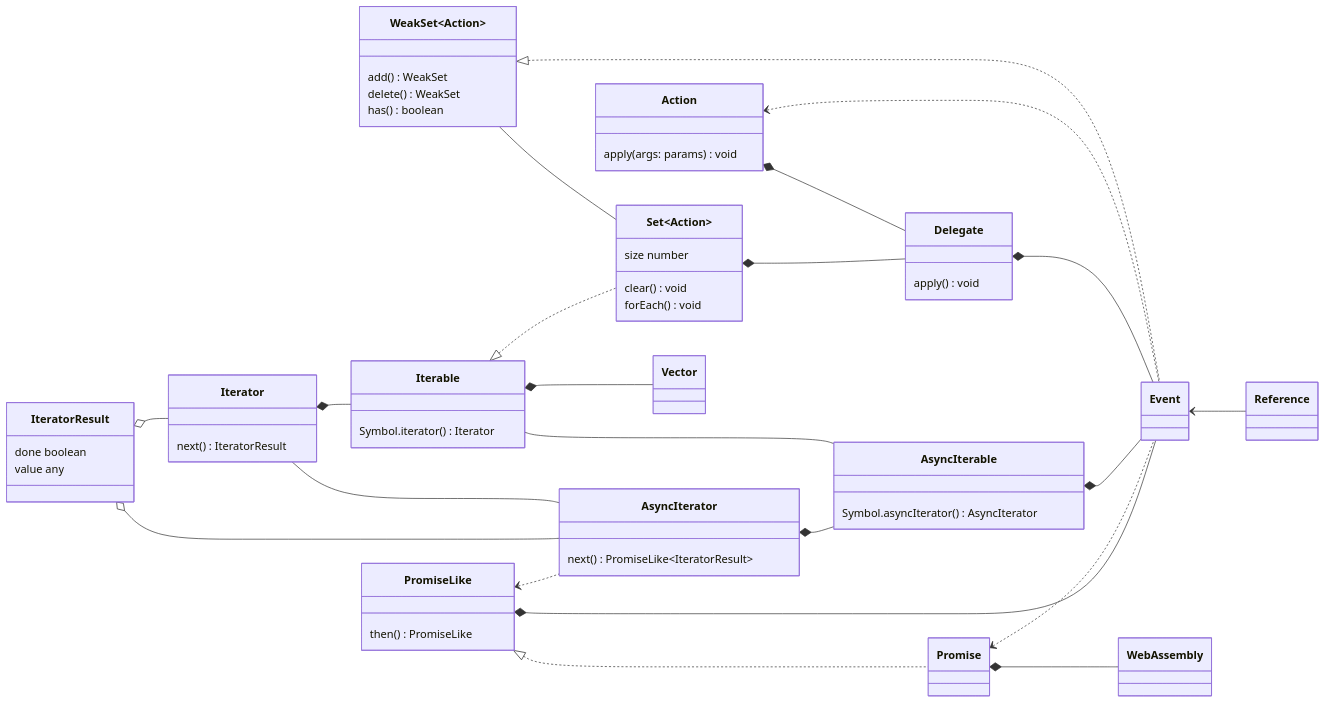
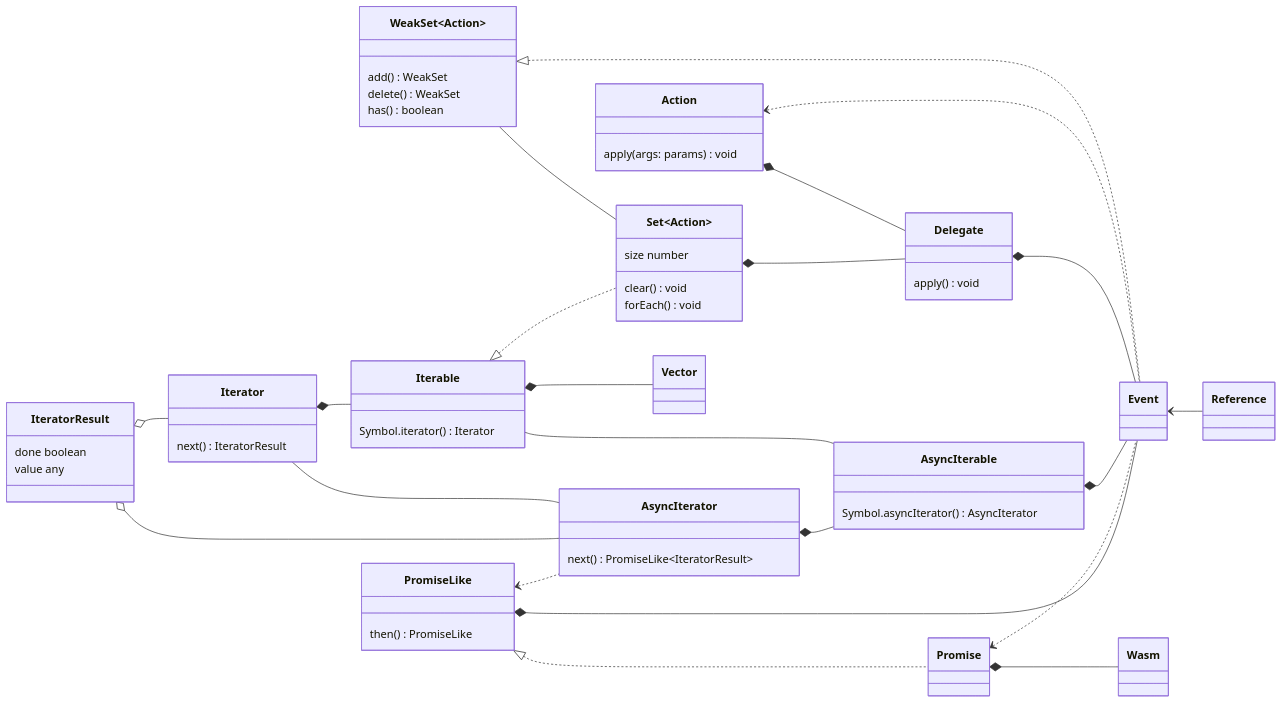
One commit to domrally/peekeasy changed the sixth of 6 diagrams in README.md. Above: the diagram before and after it, drawn with Mermaid. The commit also changed other lines of this file and 3 other files, not shown here.

````diff
--- a/README.md
+++ b/README.md
@@ -224,65 +245,65 @@
 ```mermaid
 classDiagram
     direction LR
     PromiseLike <|.. Promise
     PromiseLike *-- Event
-	 Promise *-- WebAssembly
+	 Promise *-- Wasm
     Promise <.. Event
     PromiseLike <.. AsyncIterator
     IteratorResult o-- AsyncIterator
     Iterator -- AsyncIterator
     AsyncIterator *-- AsyncIterable
     Iterable -- AsyncIterable
     AsyncIterable *-- Event
     IteratorResult o-- Iterator
     Iterator *-- Iterable
     Iterable <|.. Set~Action~
     Delegate *-- Event
     Action <.. Event
     Set~Action~ *-- Delegate
     Action *-- Delegate
     WeakSet~Action~ -- Set~Action~
     WeakSet~Action~ <|.. Event
     Event <-- Reference
     Iterable *-- Vector
     class IteratorResult {
         done boolean
         value any
     }
     class AsyncIterable {
         Symbol.asyncIterator() AsyncIterator
     }
     class Iterable {
         Symbol.iterator() Iterator
     }
     class Iterator {
         next() IteratorResult
     }
     class AsyncIterator {
         next() PromiseLike~IteratorResult~
     }
     class PromiseLike {
         then() PromiseLike
     }
     class WeakSet {
         add() WeakSet
         delete() WeakSet
         has() boolean
     }
     class Set {
         size number
         clear() void
         forEach() void
     }
     class Action {
         apply(args: params) void
     }
     class Delegate {
         apply() void
     }
     link Delegate "https://github.com/domrally/peekeasy/blob/main/src/delegate.ts" "delegate.ts"
     class Event
     link Event "https://github.com/domrally/peekeasy/blob/main/src/event.ts" "event.ts"
     class Vector
     link Vector "https://github.com/domrally/peekeasy/blob/main/src/vector.ts" "vector.ts"
 ```
````
